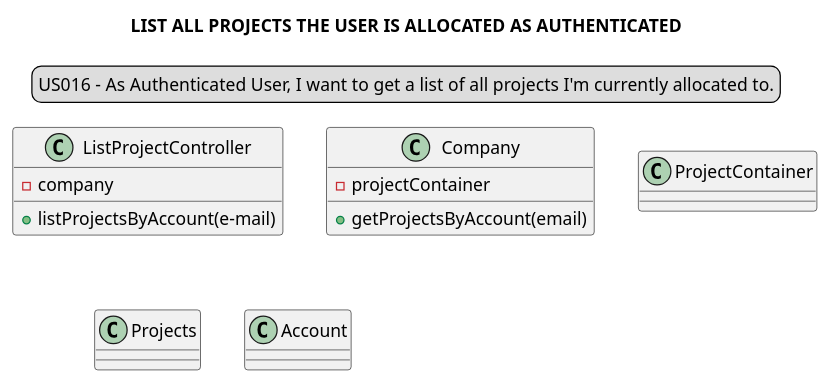
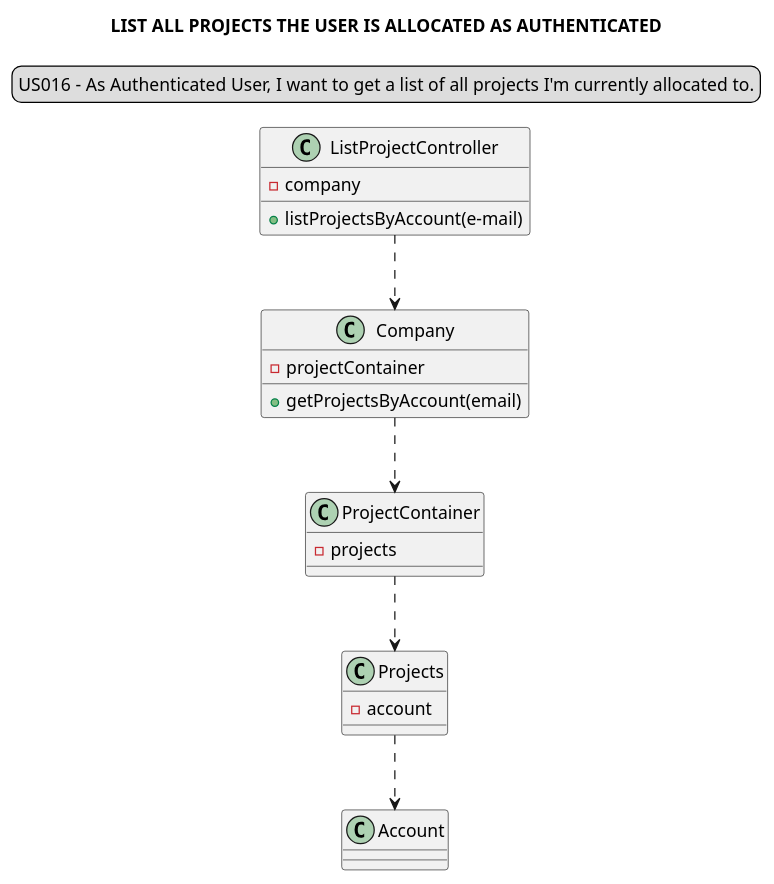
One commit to Loracline/project_switch_22-23 changed the diagram in docs/modelling_design/user_stories/us016/US016_classDiagram.puml. Above: the diagram before and after it, drawn with PlantUML. The commit also changed 1 other file, not shown here.

Commit message:
US 016: design: update class diagram and sequence diagram half way

```diff
--- a/docs/modelling_design/user_stories/us016/US016_classDiagram.puml
+++ b/docs/modelling_design/user_stories/us016/US016_classDiagram.puml
@@ -1,28 +1,34 @@
 @startuml
 'https://plantuml.com/sequence-diagram
 
 legend top
 US016 - As Authenticated User, I want to get a list of all projects I'm currently allocated to.
 end legend
 skinparam sequenceMessageAlign center
 title LIST ALL PROJECTS THE USER IS ALLOCATED AS AUTHENTICATED
 
 class "ListProjectController" {
 - company
 + listProjectsByAccount(e-mail)
 }
 class "Company" {
 - projectContainer
 + getProjectsByAccount(email)
 }
 class "ProjectContainer" {
+-projects
 
 }
 class "Projects" {
+- account
 
 }
 class "Account" {
 
 }
+"ListProjectController"..>"Company"
+"Company"..>"ProjectContainer"
+"ProjectContainer"..>"Projects"
+"Projects"..>"Account"
 
 @enduml
```
